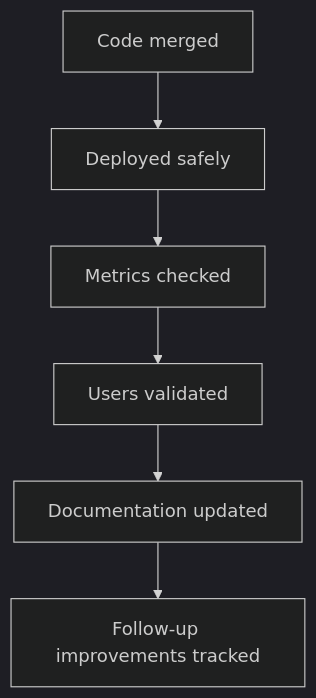
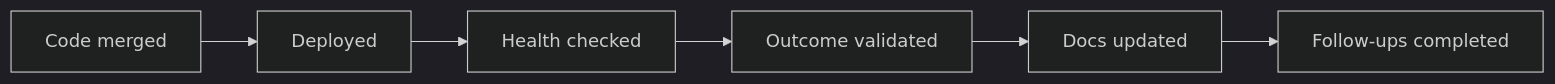
One commit to AvadhBhalodiya/Interview-Preparation changed the fourth of 6 diagrams in src/content/behavioral/leadership-ownership.md. Above: the diagram before and after it, drawn with Mermaid (dark theme). The commit also changed other lines of this file and 54 other files, not shown here.

````diff
--- a/src/content/behavioral/leadership-ownership.md
+++ b/src/content/behavioral/leadership-ownership.md
@@ -343,8 +297,8 @@
 ```mermaid
-flowchart TD
-    A[Code merged] --> B[Deployed safely]
-    B --> C[Metrics checked]
-    C --> D[Users validated]
-    D --> E[Documentation updated]
-    E --> F[Follow-up improvements tracked]
+flowchart LR
+    A[Code merged] --> B[Deployed]
+    B --> C[Health checked]
+    C --> D[Outcome validated]
+    D --> E[Docs updated]
+    E --> F[Follow-ups completed]
 ```
````
